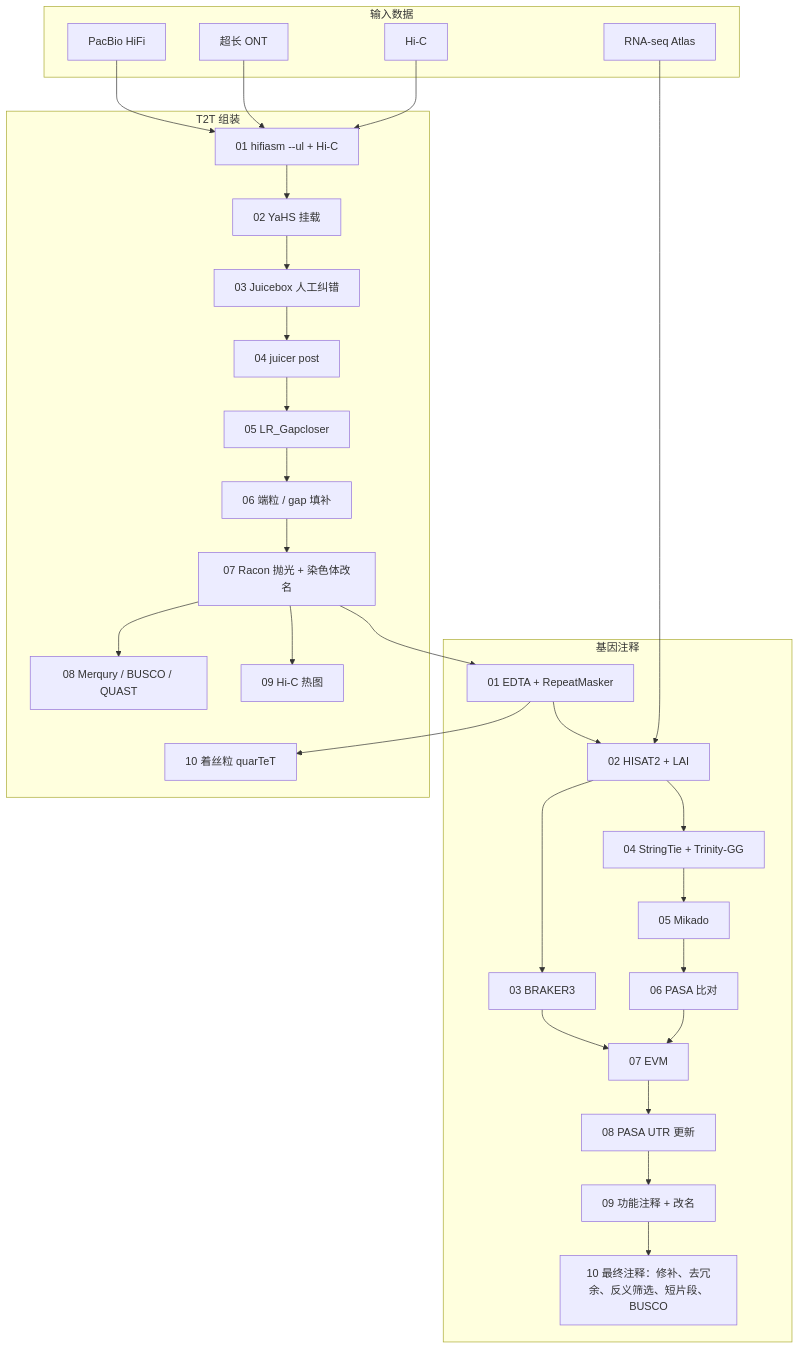
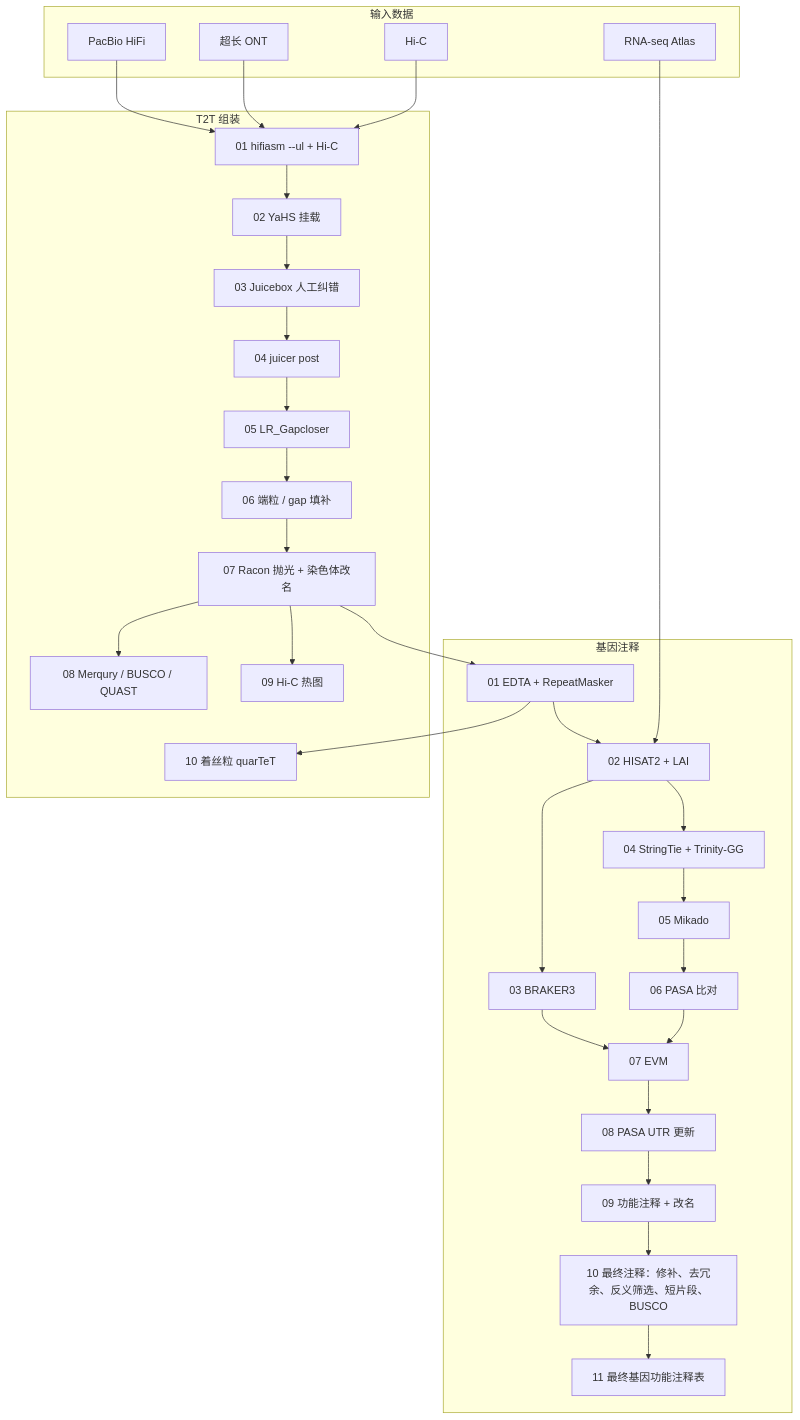
One commit to sibs-zz/soybean_assembly_annotation changed the diagram in README.zh-CN.md. Above: the diagram before and after it, drawn with Mermaid. The commit also changed other lines of this file and 5 other files, not shown here.

````diff
--- a/README.zh-CN.md
+++ b/README.zh-CN.md
@@ -13,47 +13,48 @@
 ```mermaid
 flowchart TD
   subgraph reads["输入数据"]
     HiFi["PacBio HiFi"]
     ONT["超长 ONT"]
     HiC["Hi-C"]
     RNA["RNA-seq Atlas"]
   end
 
   subgraph asm["T2T 组装"]
     A01["01 hifiasm --ul + Hi-C"]
     A02["02 YaHS 挂载"]
     A03["03 Juicebox 人工纠错"]
     A04["04 juicer post"]
     A05["05 LR_Gapcloser"]
     A06["06 端粒 / gap 填补"]
     A07["07 Racon 抛光 + 染色体改名"]
     A08["08 Merqury / BUSCO / QUAST"]
     A09["09 Hi-C 热图"]
     A10["10 着丝粒 quarTeT"]
   end
 
   subgraph ann["基因注释"]
     N01["01 EDTA + RepeatMasker"]
     N02["02 HISAT2 + LAI"]
     N03["03 BRAKER3"]
     N04["04 StringTie + Trinity-GG"]
     N05["05 Mikado"]
     N06["06 PASA 比对"]
     N07["07 EVM"]
     N08["08 PASA UTR 更新"]
     N09["09 功能注释 + 改名"]
     N10["10 最终注释：修补、去冗余、反义筛选、短片段、BUSCO"]
+    N11["11 最终基因功能注释表"]
   end
 
   HiFi --> A01
   ONT --> A01
   HiC --> A01
   A01 --> A02 --> A03 --> A04 --> A05 --> A06 --> A07
   A07 --> A08
   A07 --> A09
   N01 --> A10
   A07 --> N01 --> N02 --> N03
   RNA --> N02
-  N02 --> N04 --> N05 --> N06 --> N07 --> N08 --> N09 --> N10
+  N02 --> N04 --> N05 --> N06 --> N07 --> N08 --> N09 --> N10 --> N11
   N03 --> N07
 ```
````
